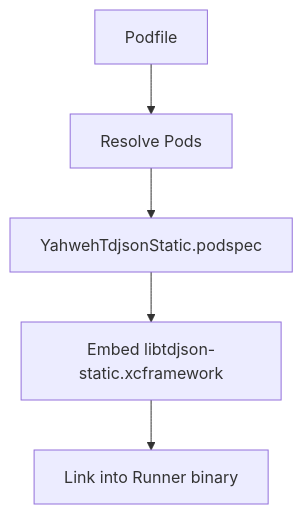
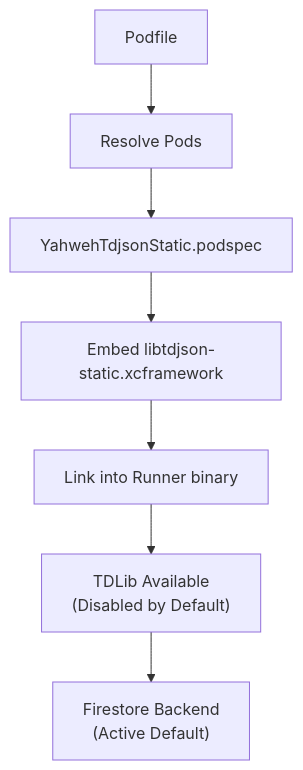
Before and after one commit to raihom-netizen/com.gestaoyahwehios.app: the fifth of 10 diagrams in .qoder/repowiki/en/content/Chat System/Telegram Integration (TDLIB).md, drawn with Mermaid. The commit also changed other lines of this file and 161 other files, not shown here.

````diff
--- a/.qoder/repowiki/en/content/Chat System/Telegram Integration (TDLIB).md
+++ b/.qoder/repowiki/en/content/Chat System/Telegram Integration (TDLIB).md
@@ -320,7 +381,9 @@
 ```mermaid
 graph TB
 A["Podfile"] --> B["Resolve Pods"]
 B --> C["YahwehTdjsonStatic.podspec"]
 C --> D["Embed libtdjson-static.xcframework"]
 D --> E["Link into Runner binary"]
+E --> F["TDLib Available<br/>(Disabled by Default)"]
+F --> G["Firestore Backend<br/>(Active Default)"]
 ```
````
